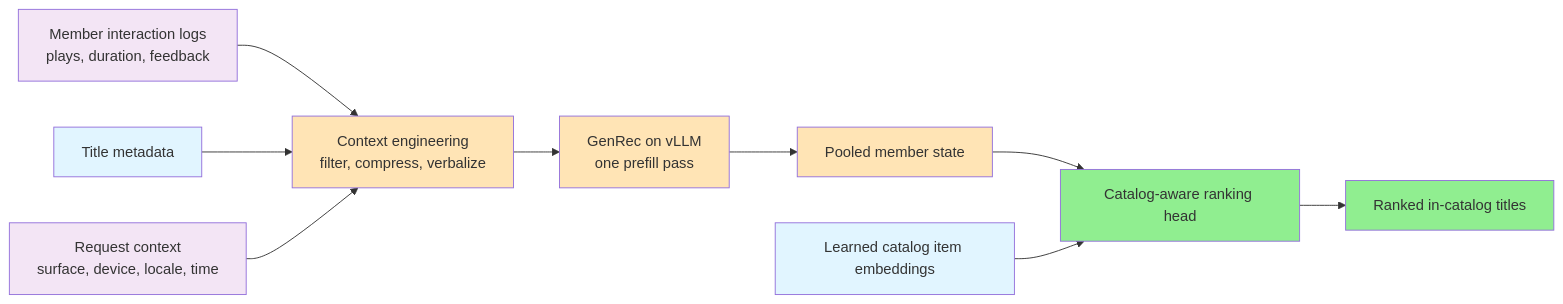
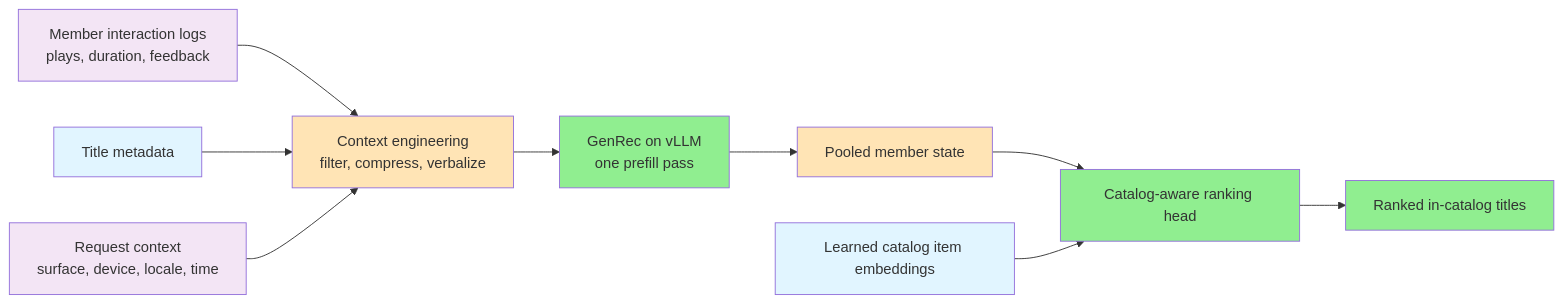
Before and after one commit to cartmancodes/InterviewVault: the first of 4 diagrams in LLD/SystemDesign/IntheWild/HowNetflixBuiltGenRecForLlmNativeRecommendation.md, drawn with Mermaid. The commit also changed other lines of this file, not shown here.

Commit message:
Fix GenRec Mermaid label syntax

````diff
--- a/LLD/SystemDesign/IntheWild/HowNetflixBuiltGenRecForLlmNativeRecommendation.md
+++ b/LLD/SystemDesign/IntheWild/HowNetflixBuiltGenRecForLlmNativeRecommendation.md
@@ -25,31 +25,31 @@
 ```mermaid
 graph LR
     L["Member interaction logs<br/>plays, duration, feedback"]
-    M[Title metadata]
+    M["Title metadata"]
     R["Request context<br/>surface, device, locale, time"]
     C["Context engineering<br/>filter, compress, verbalize"]
     G["GenRec on vLLM<br/>one prefill pass"]
-    P[Pooled member state]
-    H[Catalog-aware ranking head]
-    E[Learned catalog item embeddings]
-    O[Ranked in-catalog titles]
+    P["Pooled member state"]
+    H["Catalog-aware ranking head"]
+    E["Learned catalog item embeddings"]
+    O["Ranked in-catalog titles"]
 
     L --> C
     M --> C
     R --> C
     C --> G
     G --> P
     P --> H
     E --> H
     H --> O
 
     style L fill:#f3e5f5
     style M fill:#e1f5ff
     style R fill:#f3e5f5
     style C fill:#FFE4B5
-    style G fill:#FFE4B5
+    style G fill:#90EE90
     style P fill:#FFE4B5
     style H fill:#90EE90
     style E fill:#e1f5ff
     style O fill:#90EE90
 ```
````
